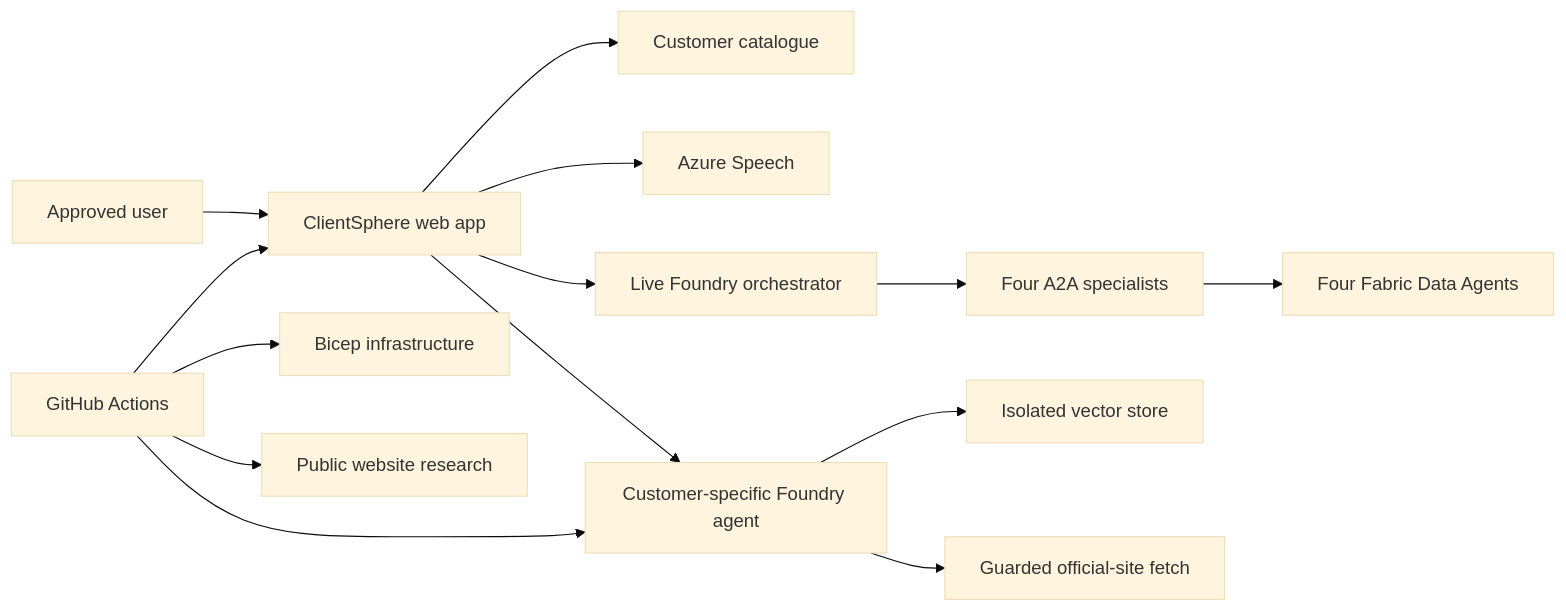
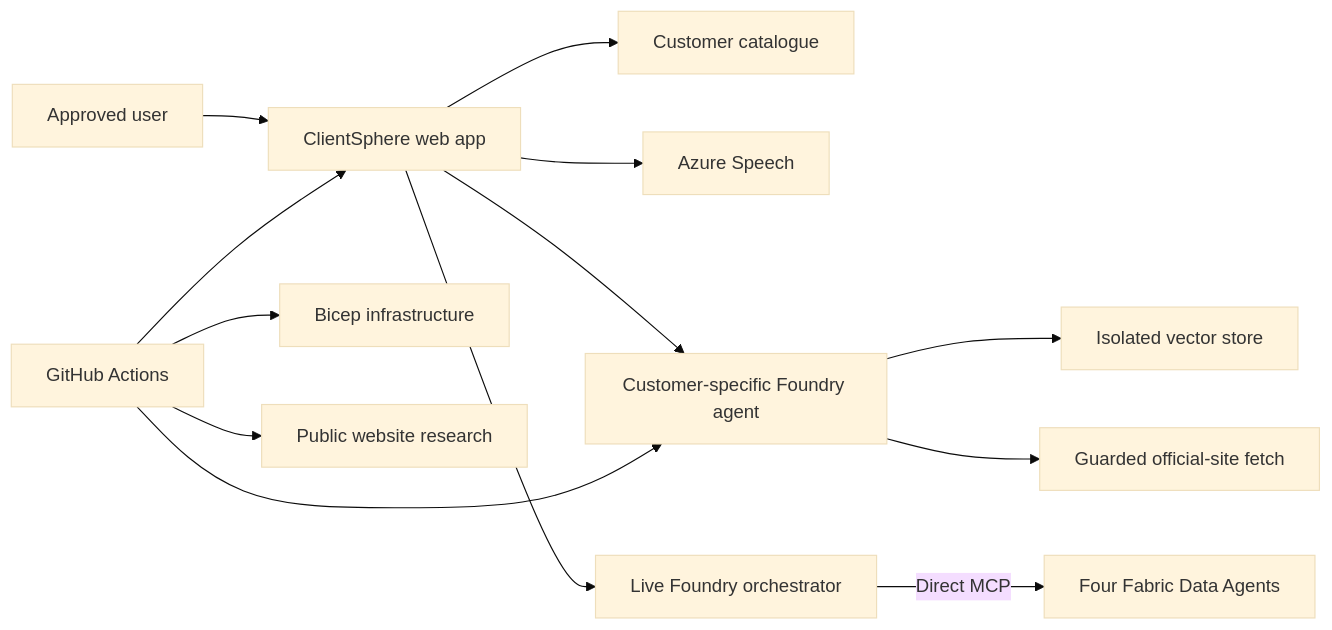
One commit to jonnychipz/ClientSphere changed the diagram in README.md. Above: the diagram before and after it, drawn with Mermaid (base theme). The commit also changed other lines of this file and 12 other files, not shown here.

First line of the commit message:
Route live orchestration directly to Fabric agents

````diff
--- a/README.md
+++ b/README.md
@@ -59,16 +59,15 @@
 ```mermaid
 flowchart LR
     U[Approved user] --> W[ClientSphere web app]
     W --> C[Customer catalogue]
     W --> S[Azure Speech]
     W --> A[Customer-specific Foundry agent]
     W --> O[Live Foundry orchestrator]
-    O --> X[Four A2A specialists]
-    X --> D[Four Fabric Data Agents]
+    O -->|Direct MCP| D[Four Fabric Data Agents]
     A --> V[Isolated vector store]
     A --> F[Guarded official-site fetch]
     G[GitHub Actions] --> I[Bicep infrastructure]
     G --> R[Public website research]
     G --> A
     G --> W
 ```
````
